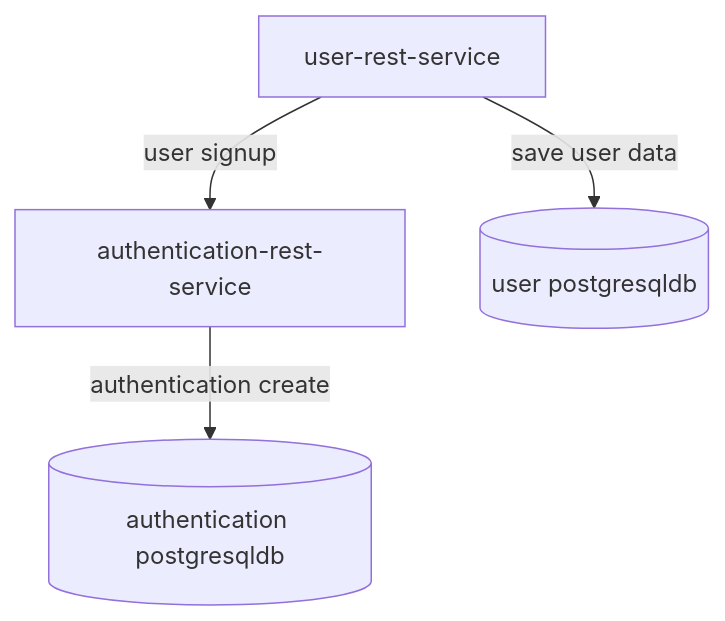
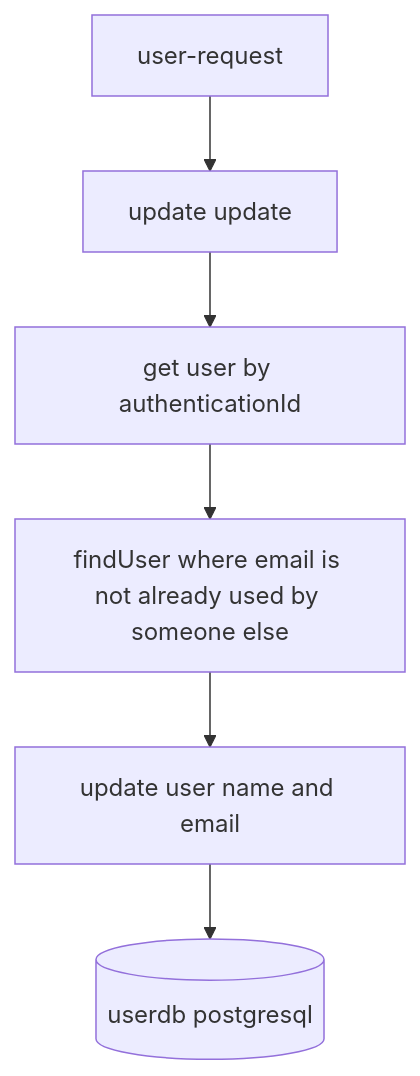
Before and after one commit to sonamsamdupkhangsar/user-rest-service: the second of 7 diagrams in README.md, drawn with Mermaid. The commit also changed other lines of this file and 22 other files, not shown here.

````diff
--- a/README.md
+++ b/README.md
@@ -11,6 +99,8 @@
 ```mermaid
 flowchart TD
-    A[user-rest-service] -->|user signup| B[authentication-rest-service]
-    B -->|authentication create| C[(authentication postgresqldb)]    
-    A --> | save user data| D[(user postgresqldb)]
+ User[user-request] --> user-rest-service[update update]
+ user-rest-service --> findUser[get user by authenticationId]
+ findUser --> userExistByEmailAndIdNot[findUser where email is not already used by someone else]
+ userExistByEmailAndIdNot --> updateFirstNameAndLastNameAndEmail["update user name and email"]
+ updateFirstNameAndLastNameAndEmail --> userDb[(userdb postgresql)]
 ```
````
